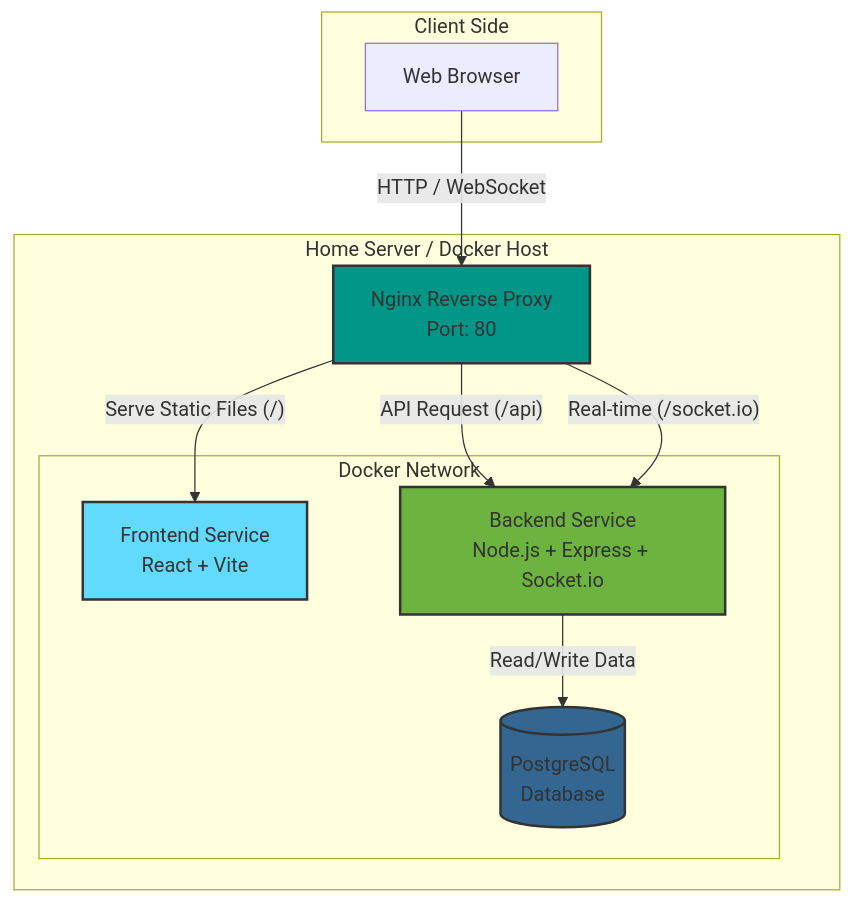
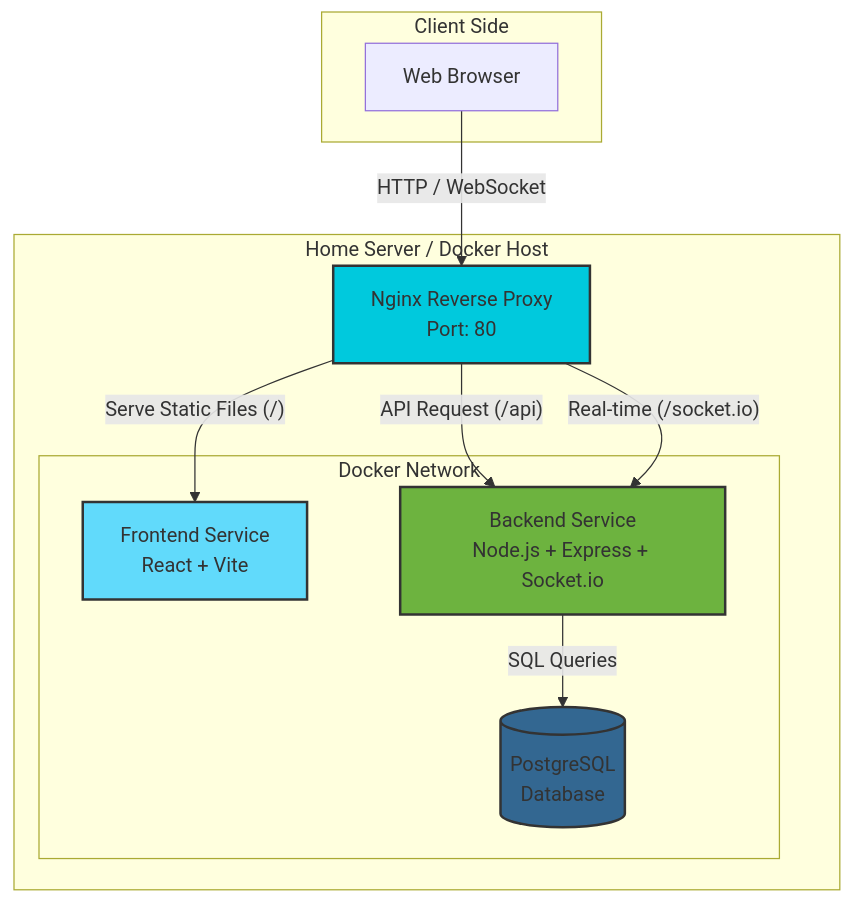
One commit to bs6465/SWE-frontend changed the diagram in README.md. Above: the diagram before and after it, drawn with Mermaid.

````diff
--- a/README.md
+++ b/README.md
@@ -17,26 +17,26 @@
 ```mermaid
 graph TD
     subgraph User_Environment [Client Side]
         Browser[Web Browser]
     end
     subgraph Docker_Host [Home Server / Docker Host]
         Nginx[Nginx Reverse Proxy<br/>Port: 80]
         
         subgraph Docker_Network [Docker Network]
             Frontend[Frontend Service<br/>React + Vite]
             Backend[Backend Service<br/>Node.js + Express + Socket.io]
             DB[(PostgreSQL<br/>Database)]
         end
     end
     %% Connections
     Browser -- "HTTP / WebSocket" --> Nginx
     Nginx -- "Serve Static Files (/)" --> Frontend
     Nginx -- "API Request (/api)" --> Backend
     Nginx -- "Real-time (/socket.io)" --> Backend
-    Backend -- "Read/Write Data" --> DB
+    Backend -- "SQL Queries" --> DB
     %% Styling
-    style Nginx fill:#009688,stroke:#333,stroke-width:2px
+    style Nginx fill:#00C9DD,stroke:#333,stroke-width:2px
     style Backend fill:#6db33f,stroke:#333,stroke-width:2px
     style Frontend fill:#61dafb,stroke:#333,stroke-width:2px
     style DB fill:#336791,stroke:#333,stroke-width:2px
 ```
````
